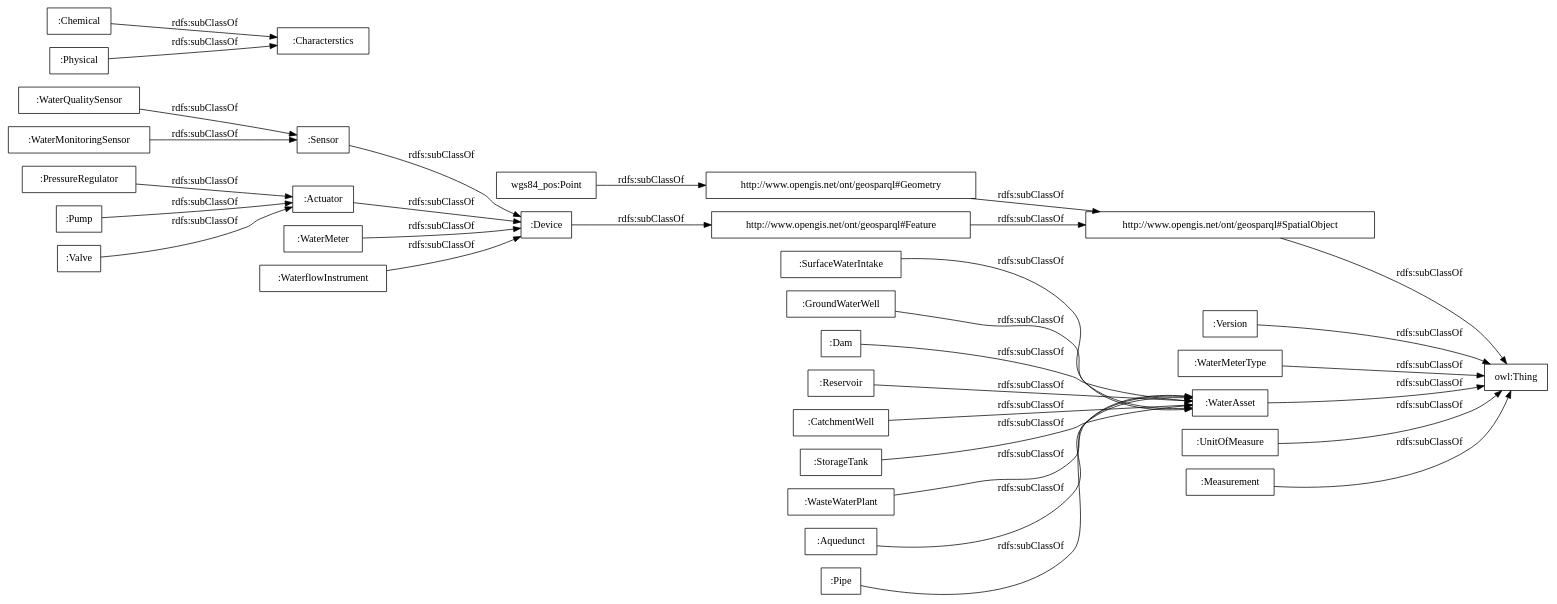
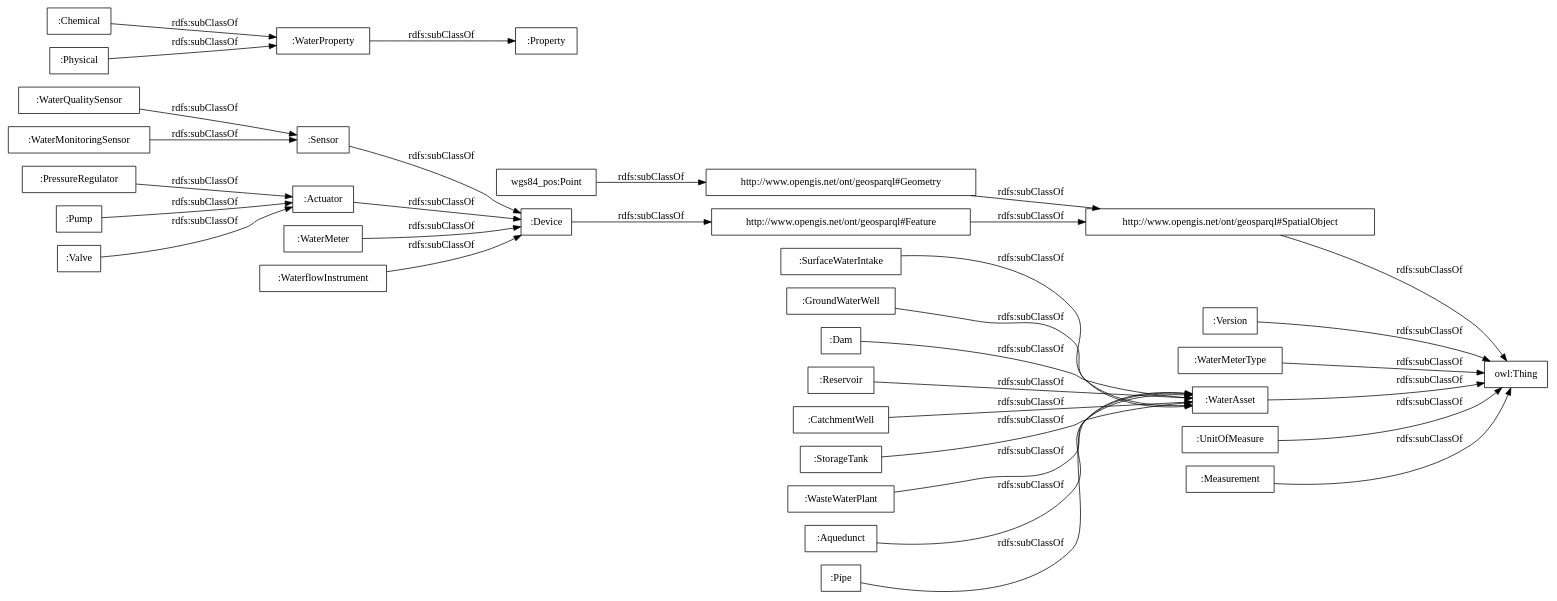
One commit to tiwari2019/S4WATR-1 changed the diagram in OnToology/S4Water.owl/diagrams/ar2dtool-taxonomy/S4Water.owl.png.dot. Above: the diagram before and after it, drawn with Graphviz. The commit also changed 13 other files, not shown here.

```diff
--- a/OnToology/S4Water.owl/diagrams/ar2dtool-taxonomy/S4Water.owl.png.dot
+++ b/OnToology/S4Water.owl/diagrams/ar2dtool-taxonomy/S4Water.owl.png.dot
@@ -1,36 +1,37 @@
 digraph ar2dtool_diagram { 
 rankdir=LR;
 size="1000"
-node [shape = rectangle, color="black"]; ":PressureRegulator" ":Version" "http://www.opengis.net/ont/geosparql#Feature" ":WaterMeterType" ":GroundWaterWell" ":Dam" ":WaterAsset" ":Reservoir" ":CatchmentWell" ":Sensor" ":WaterMeter" ":Device" ":Pump" ":StorageTank" ":Valve" ":WaterMonitoringSensor" ":WasteWaterPlant" "http://www.opengis.net/ont/geosparql#SpatialObject" ":Aquedunct" "http://www.opengis.net/ont/geosparql#Geometry" ":WaterflowInstrument" ":Pipe" ":SurfaceWaterIntake" ":UnitOfMeasure" "wgs84_pos:Point" ":Measurement" ":Chemical" ":WaterQualitySensor" ":Characterstics" ":Physical" ":Actuator" ; /*classes style*/
+node [shape = rectangle, color="black"]; ":PressureRegulator" ":Version" ":WaterProperty" "http://www.opengis.net/ont/geosparql#Feature" ":Property" ":WaterMeterType" ":GroundWaterWell" ":Dam" ":WaterAsset" ":Reservoir" ":CatchmentWell" ":Sensor" ":WaterMeter" ":Device" ":Pump" ":StorageTank" ":Valve" ":WaterMonitoringSensor" ":WasteWaterPlant" "http://www.opengis.net/ont/geosparql#SpatialObject" ":Aquedunct" "http://www.opengis.net/ont/geosparql#Geometry" ":WaterflowInstrument" ":Pipe" ":UnitOfMeasure" ":SurfaceWaterIntake" "wgs84_pos:Point" ":Measurement" ":Chemical" ":WaterQualitySensor" ":Physical" ":Actuator" ; /*classes style*/
 	":Measurement" -> "owl:Thing" [ label = "rdfs:subClassOf" ];
 	":WaterflowInstrument" -> ":Device" [ label = "rdfs:subClassOf" ];
 	":Reservoir" -> ":WaterAsset" [ label = "rdfs:subClassOf" ];
 	":Pipe" -> ":WaterAsset" [ label = "rdfs:subClassOf" ];
 	":WaterMonitoringSensor" -> ":Sensor" [ label = "rdfs:subClassOf" ];
 	":CatchmentWell" -> ":WaterAsset" [ label = "rdfs:subClassOf" ];
 	":StorageTank" -> ":WaterAsset" [ label = "rdfs:subClassOf" ];
 	":WaterMeter" -> ":Device" [ label = "rdfs:subClassOf" ];
 	":Dam" -> ":WaterAsset" [ label = "rdfs:subClassOf" ];
 	":WaterAsset" -> "owl:Thing" [ label = "rdfs:subClassOf" ];
 	":GroundWaterWell" -> ":WaterAsset" [ label = "rdfs:subClassOf" ];
 	":PressureRegulator" -> ":Actuator" [ label = "rdfs:subClassOf" ];
 	":WaterMeterType" -> "owl:Thing" [ label = "rdfs:subClassOf" ];
 	":Aquedunct" -> ":WaterAsset" [ label = "rdfs:subClassOf" ];
 	"wgs84_pos:Point" -> "http://www.opengis.net/ont/geosparql#Geometry" [ label = "rdfs:subClassOf" ];
 	":SurfaceWaterIntake" -> ":WaterAsset" [ label = "rdfs:subClassOf" ];
 	"http://www.opengis.net/ont/geosparql#Feature" -> "http://www.opengis.net/ont/geosparql#SpatialObject" [ label = "rdfs:subClassOf" ];
-	":Physical" -> ":Characterstics" [ label = "rdfs:subClassOf" ];
+	":Physical" -> ":WaterProperty" [ label = "rdfs:subClassOf" ];
 	"http://www.opengis.net/ont/geosparql#SpatialObject" -> "owl:Thing" [ label = "rdfs:subClassOf" ];
 	":Actuator" -> ":Device" [ label = "rdfs:subClassOf" ];
+	":WaterProperty" -> ":Property" [ label = "rdfs:subClassOf" ];
 	":WaterQualitySensor" -> ":Sensor" [ label = "rdfs:subClassOf" ];
 	":Valve" -> ":Actuator" [ label = "rdfs:subClassOf" ];
 	"http://www.opengis.net/ont/geosparql#Geometry" -> "http://www.opengis.net/ont/geosparql#SpatialObject" [ label = "rdfs:subClassOf" ];
-	":Chemical" -> ":Characterstics" [ label = "rdfs:subClassOf" ];
+	":Chemical" -> ":WaterProperty" [ label = "rdfs:subClassOf" ];
 	":UnitOfMeasure" -> "owl:Thing" [ label = "rdfs:subClassOf" ];
 	":Version" -> "owl:Thing" [ label = "rdfs:subClassOf" ];
 	":WasteWaterPlant" -> ":WaterAsset" [ label = "rdfs:subClassOf" ];
 	":Pump" -> ":Actuator" [ label = "rdfs:subClassOf" ];
 	":Sensor" -> ":Device" [ label = "rdfs:subClassOf" ];
 	":Device" -> "http://www.opengis.net/ont/geosparql#Feature" [ label = "rdfs:subClassOf" ];
 
 }
```
